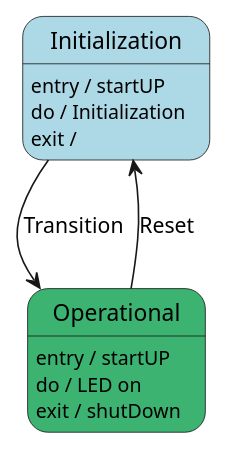
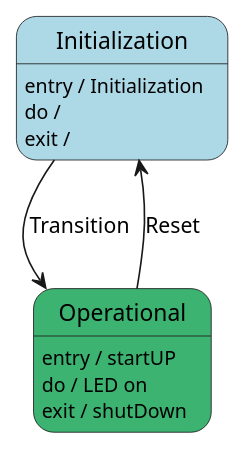
Before and after one commit to pall23-mech/EmbeddedSysGr1: the diagram in DynamicController/docs/diagrams/src/state_part1.puml, drawn with PlantUML. The commit also changed 1 other file, not shown here.

Commit message:
Changes in the state diagrams p1 and p2

```diff
--- a/DynamicController/docs/diagrams/src/state_part1.puml
+++ b/DynamicController/docs/diagrams/src/state_part1.puml
@@ -1,18 +1,18 @@
 @startuml State 1
 
 state "Initialization" as I #LightBlue
-I : entry / startUP
-I : do / Initialization
+I : entry / Initialization
+I : do / 
 I : exit / 
 
 state "Operational" as O #MediumSeaGreen
 O : entry / startUP
 O : do / LED on
 O : exit / shutDown
 
 
 O --> I : Reset
 
 I --> O : Transition
 
 @enduml
```
